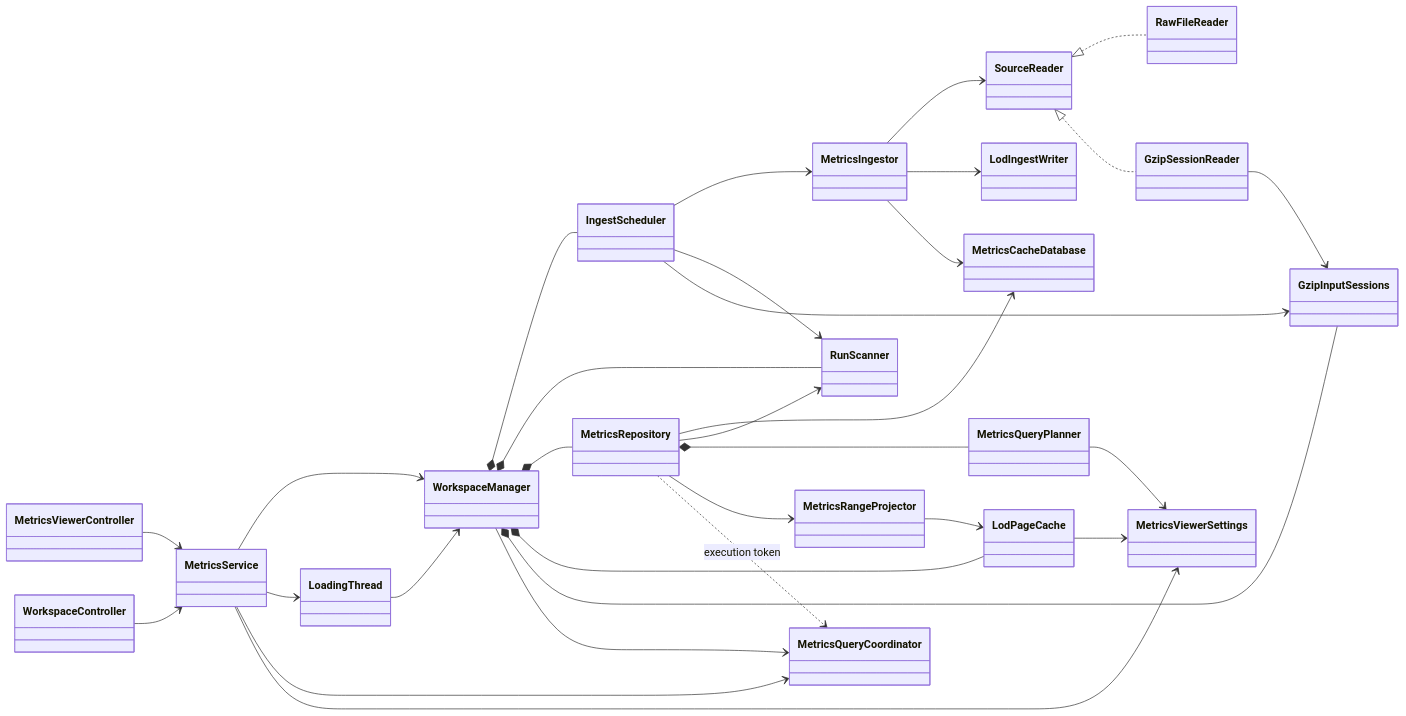
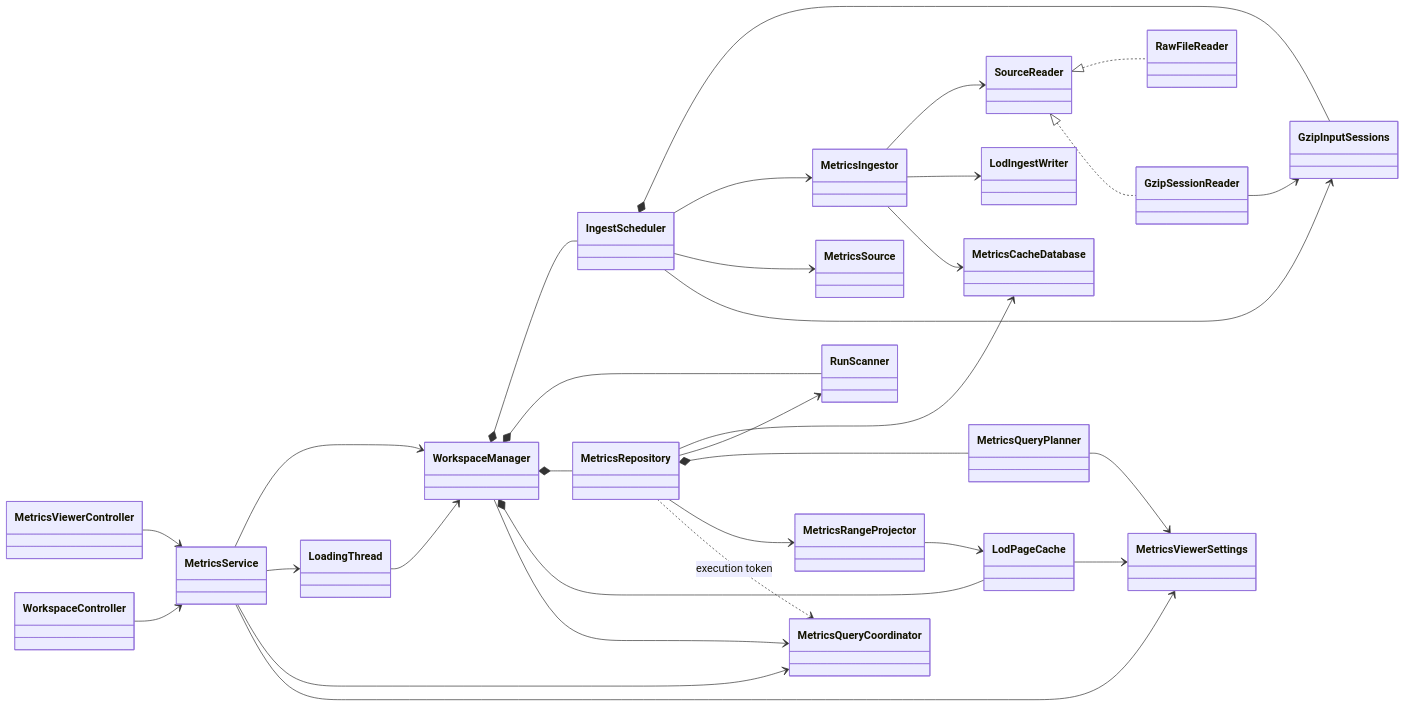
The second of 5 diagrams in docs/design/210_metrics_viewer.jp.md (kazukin123/anet-lab), drawn with Mermaid before and after one commit. The commit also changed other lines of this file and 60 other files, not shown here.

````diff
--- a/docs/design/210_metrics_viewer.jp.md
+++ b/docs/design/210_metrics_viewer.jp.md
@@ -344,57 +344,57 @@
 ```mermaid
 classDiagram
 direction LR
 
 class LoadingThread
 class WorkspaceManager
 class IngestScheduler
 class MetricsIngestor
 class SourceReader
 class RawFileReader
 class GzipSessionReader
 class GzipInputSessions
 class LodIngestWriter
 class MetricsCacheDatabase
 class RunScanner
 class MetricsService
 class MetricsQueryCoordinator
 class MetricsRepository
 class MetricsQueryPlanner
 class MetricsRangeProjector
 class LodPageCache
 class MetricsViewerController
 class WorkspaceController
 class MetricsViewerSettings
 
 LoadingThread --> WorkspaceManager
 WorkspaceManager *-- IngestScheduler
 WorkspaceManager *-- RunScanner
 WorkspaceManager *-- MetricsRepository
 WorkspaceManager *-- LodPageCache
-WorkspaceManager *-- GzipInputSessions
+IngestScheduler *-- GzipInputSessions
 IngestScheduler --> MetricsIngestor
-IngestScheduler --> RunScanner
+IngestScheduler --> MetricsSource
 IngestScheduler --> GzipInputSessions
 MetricsIngestor --> SourceReader
 MetricsIngestor --> LodIngestWriter
 MetricsIngestor --> MetricsCacheDatabase
 SourceReader <|.. RawFileReader
 SourceReader <|.. GzipSessionReader
 GzipSessionReader --> GzipInputSessions
 
 MetricsViewerController --> MetricsService
 WorkspaceController --> MetricsService
 MetricsService --> WorkspaceManager
 MetricsService --> LoadingThread
 MetricsService --> MetricsQueryCoordinator
 WorkspaceManager --> MetricsQueryCoordinator
 MetricsRepository --> MetricsCacheDatabase
 MetricsRepository --> RunScanner
 MetricsRepository *-- MetricsQueryPlanner
 MetricsRepository --> MetricsRangeProjector
 MetricsRepository ..> MetricsQueryCoordinator : execution token
 MetricsRangeProjector --> LodPageCache
 MetricsService --> MetricsViewerSettings
 MetricsQueryPlanner --> MetricsViewerSettings
 LodPageCache --> MetricsViewerSettings
 ```
````
